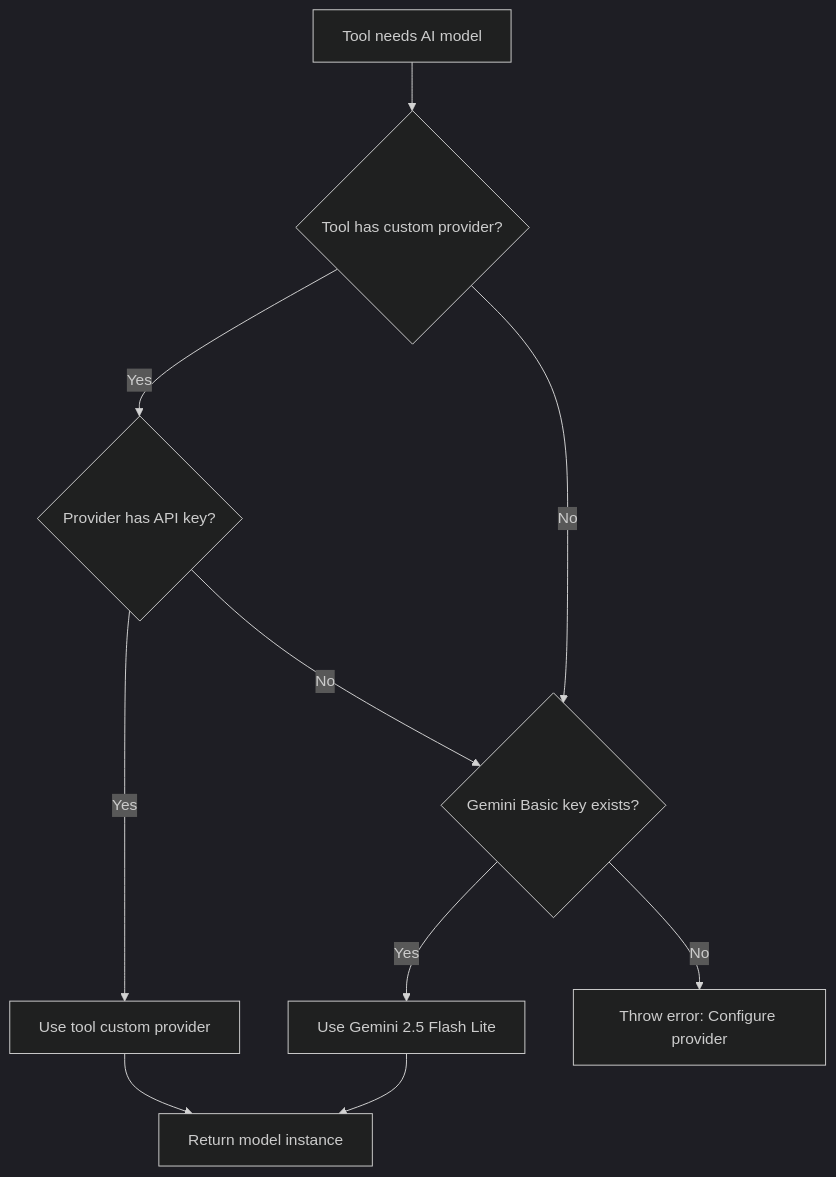
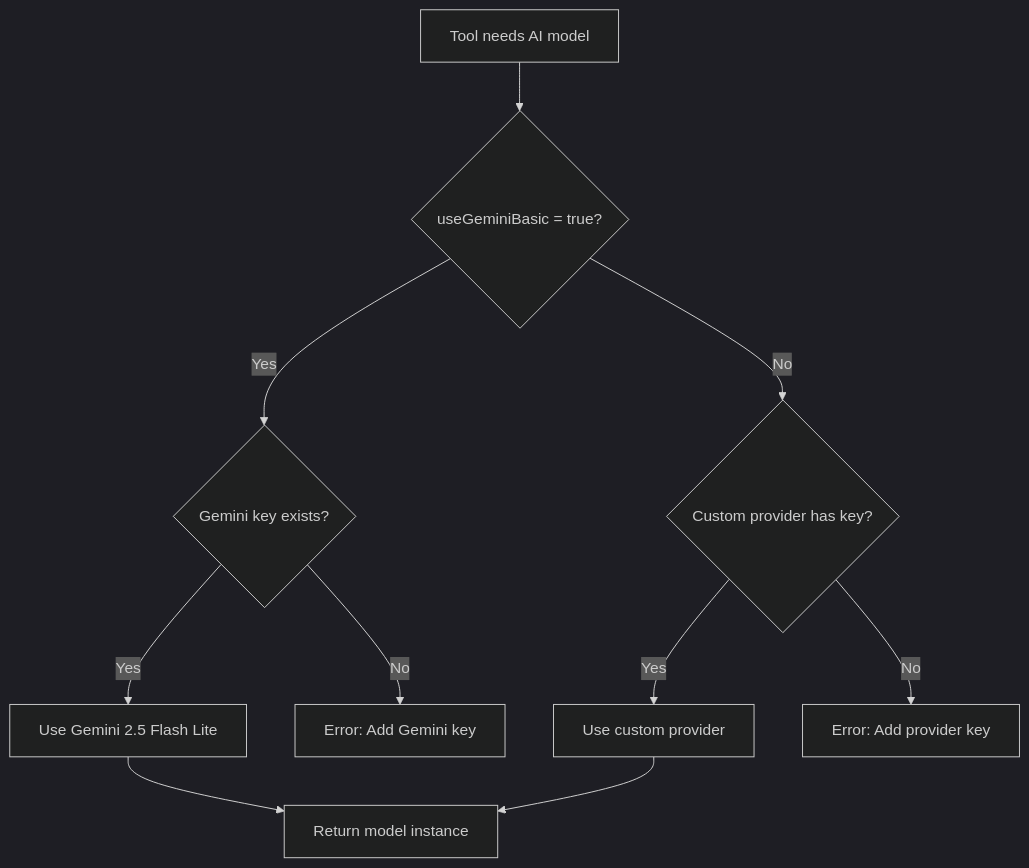
Before and after one commit to trongnguyen24/Summarizerrrr: the second of 2 diagrams in deep-dive-tool-architecture-plan.md, drawn with Mermaid (dark theme). The commit also changed other lines of this file and 17 other files, not shown here.

````diff
--- a/deep-dive-tool-architecture-plan.md
+++ b/deep-dive-tool-architecture-plan.md
@@ -652,14 +724,14 @@
 ```mermaid
 graph TD
-    A[Tool needs AI model] --> B{Tool has custom provider?}
-    B -->|Yes| C{Provider has API key?}
-    C -->|Yes| D[Use tool custom provider]
-    C -->|No| E{Gemini Basic key exists?}
+    A[Tool needs AI model] --> B{useGeminiBasic = true?}
+    B -->|Yes| C{Gemini key exists?}
+    C -->|Yes| D[Use Gemini 2.5 Flash Lite]
+    C -->|No| E[Error: Add Gemini key]
 
-    B -->|No| E
-    E -->|Yes| F[Use Gemini 2.5 Flash Lite]
-    E -->|No| G[Throw error: Configure provider]
+    B -->|No| F{Custom provider has key?}
+    F -->|Yes| G[Use custom provider]
+    F -->|No| H[Error: Add provider key]
 
-    D --> H[Return model instance]
-    F --> H
+    D --> I[Return model instance]
+    G --> I
 ```
````
